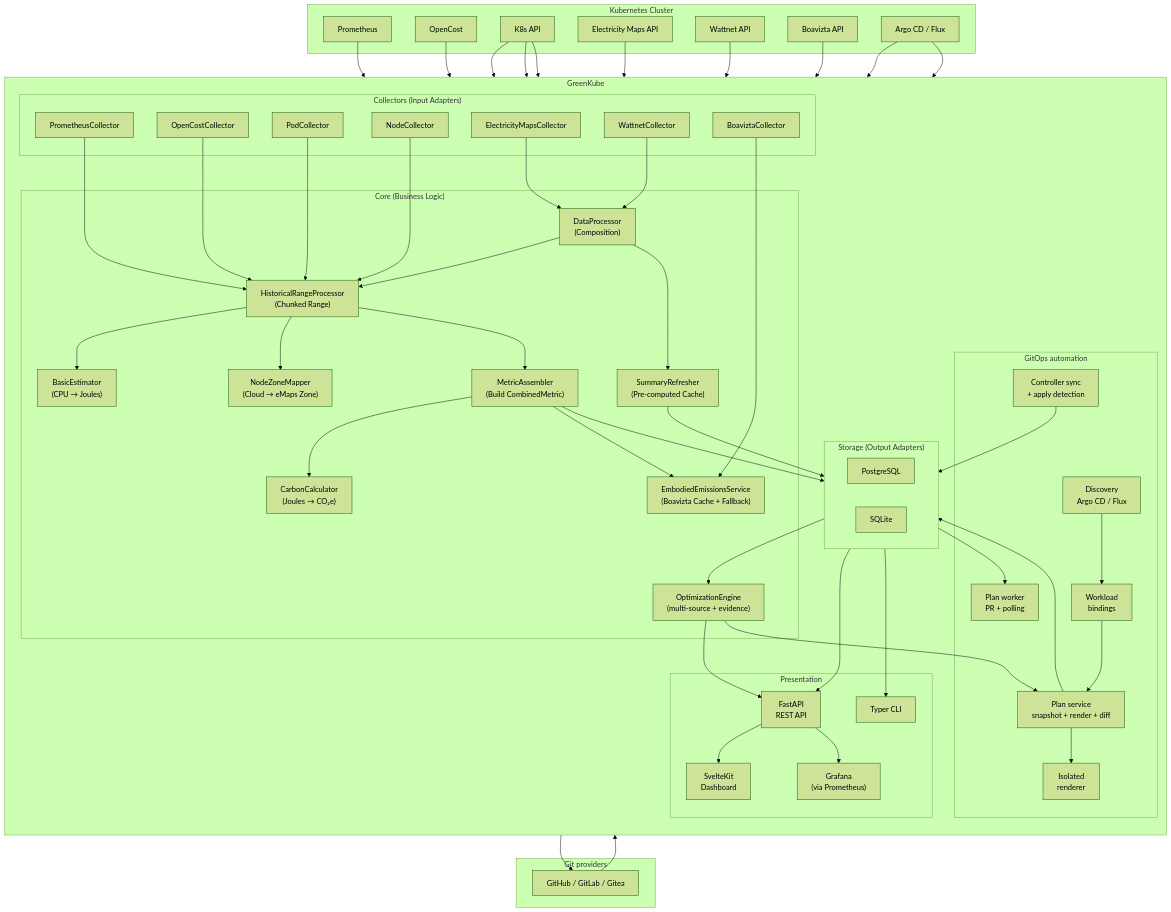
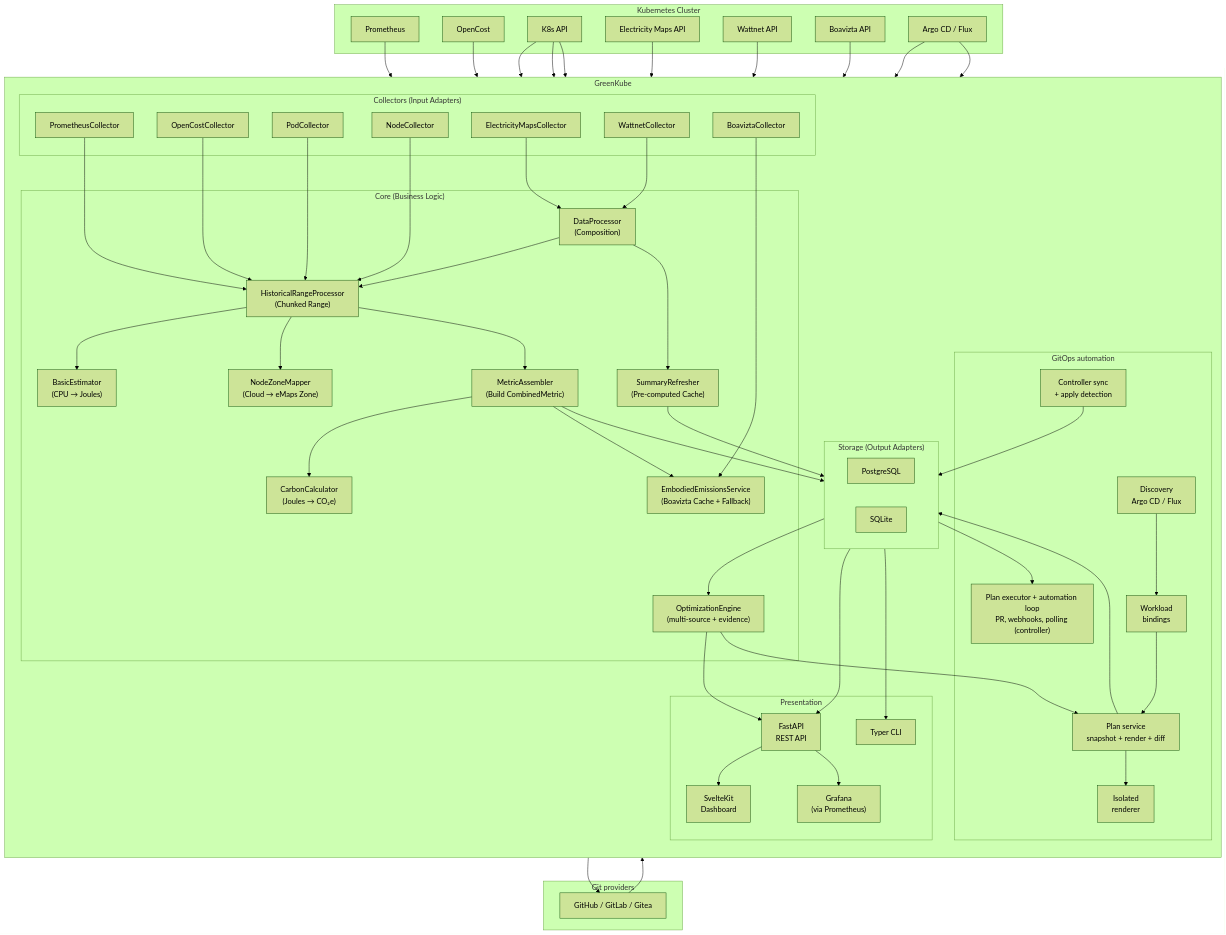
Before and after one commit to GreenKubeCloud/GreenKube: the first of 2 diagrams in docs/architecture.md, drawn with Mermaid (forest theme). The commit also changed other lines of this file and 7 other files, not shown here.

```diff
--- a/docs/architecture.md
+++ b/docs/architecture.md
@@ -63,7 +63,7 @@
             Bind["Workload<br/>bindings"]
             PlanSvc["Plan service<br/>snapshot + render + diff"]
             Renderer["Isolated<br/>renderer"]
-            Worker["Plan worker<br/>PR + polling"]
+            Worker["Plan executor + automation loop<br/>PR, webhooks, polling (controller)"]
             Sync["Controller sync<br/>+ apply detection"]
         end
 
```
